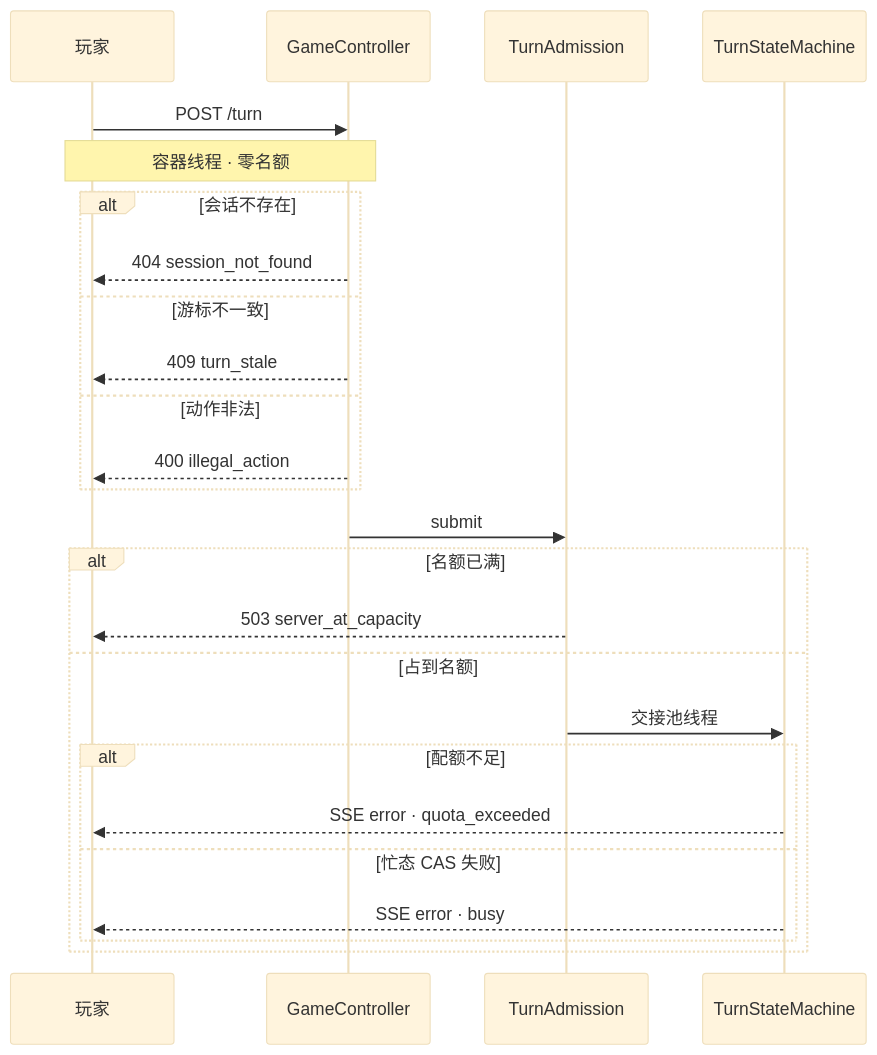
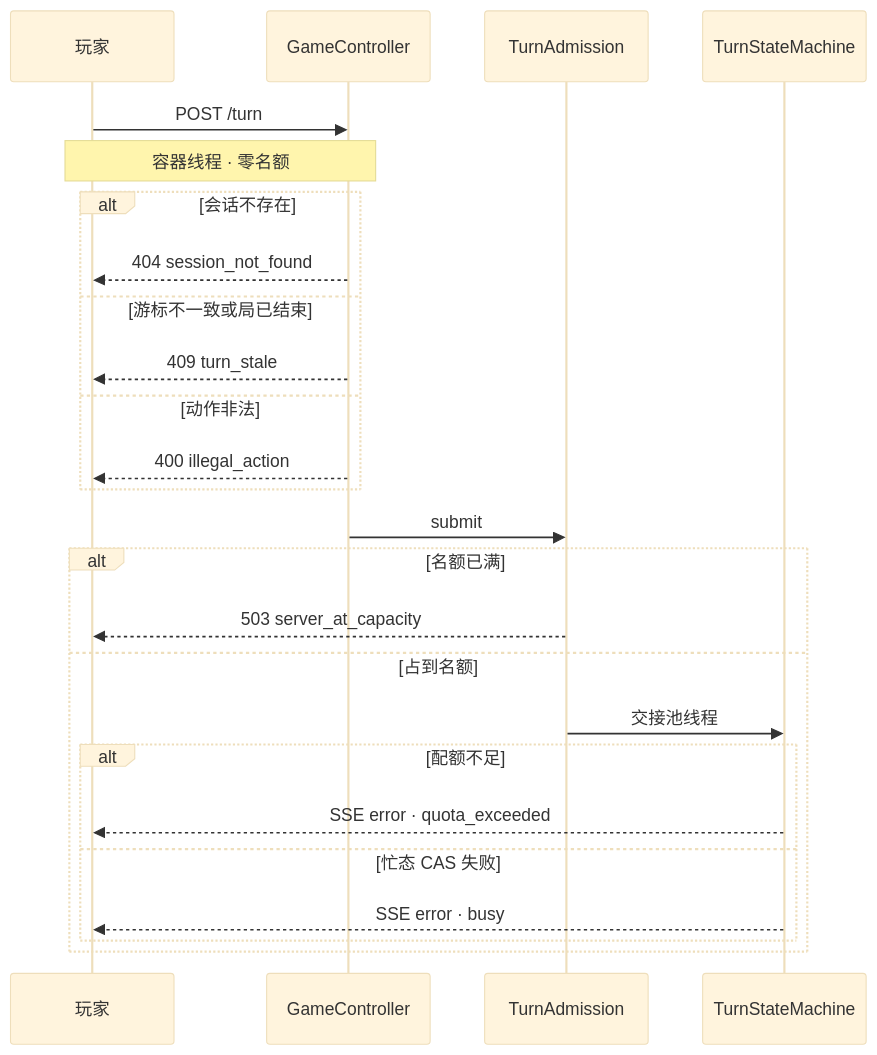
Before and after one commit to felixQAQ-edu/ai-universe-simulator: the second of 3 diagrams in docs/architecture.md, drawn with Mermaid (base theme). The commit also changed 2 other files, not shown here.

Commit message:
fix(server): 局已结束而游标相等时回 turn_stale(复用),不再落进守卫 2 的「上一回合仍在结算」
工程债 §1.4 挂账 2。场景:结局那回合 delta 送达、ending 没送达 → 客户端游标与服务端相等、
仍停在可选状态;放行会落进 TurnStateMachine 守卫 2(CAS 从 ENDED 起不来)→ SSE busy
「上一回合仍在结算,请稍候」,前端按可恢复回 awaiting + 黄条,再点永远同一句,出不去。

修法零新文案:controller 游标比对把 phase == ENDED 并入 stale 条件(仍 ∧ 不在途),
复用 turn_stale —— 前端既有处理是「不提示、只拉 /state」,/state 读到 status: ended 与结局。
拒绝链 javadoc 与 architecture.md 时序图同步。新增 syncedTurnOnEndedGameIsStaleNotBusy。

Claude-Session: https://claude.ai/code/session_014aqzozJfQ5nZdZncduUw6U

````diff
--- a/docs/architecture.md
+++ b/docs/architecture.md
@@ -70,28 +70,28 @@
 ```mermaid
 sequenceDiagram
     participant P as 玩家
     participant C as GameController
     participant A as TurnAdmission
     participant M as TurnStateMachine
 
     P->>C: POST /turn
     Note over P,C: 容器线程 · 零名额
     alt 会话不存在
         C-->>P: 404 session_not_found
-    else 游标不一致
+    else 游标不一致或局已结束
         C-->>P: 409 turn_stale
     else 动作非法
         C-->>P: 400 illegal_action
     end
     C->>A: submit
     alt 名额已满
         A-->>P: 503 server_at_capacity
     else 占到名额
         A->>M: 交接池线程
         alt 配额不足
             M-->>P: SSE error · quota_exceeded
         else 忙态 CAS 失败
             M-->>P: SSE error · busy
         end
     end
 ```
````
